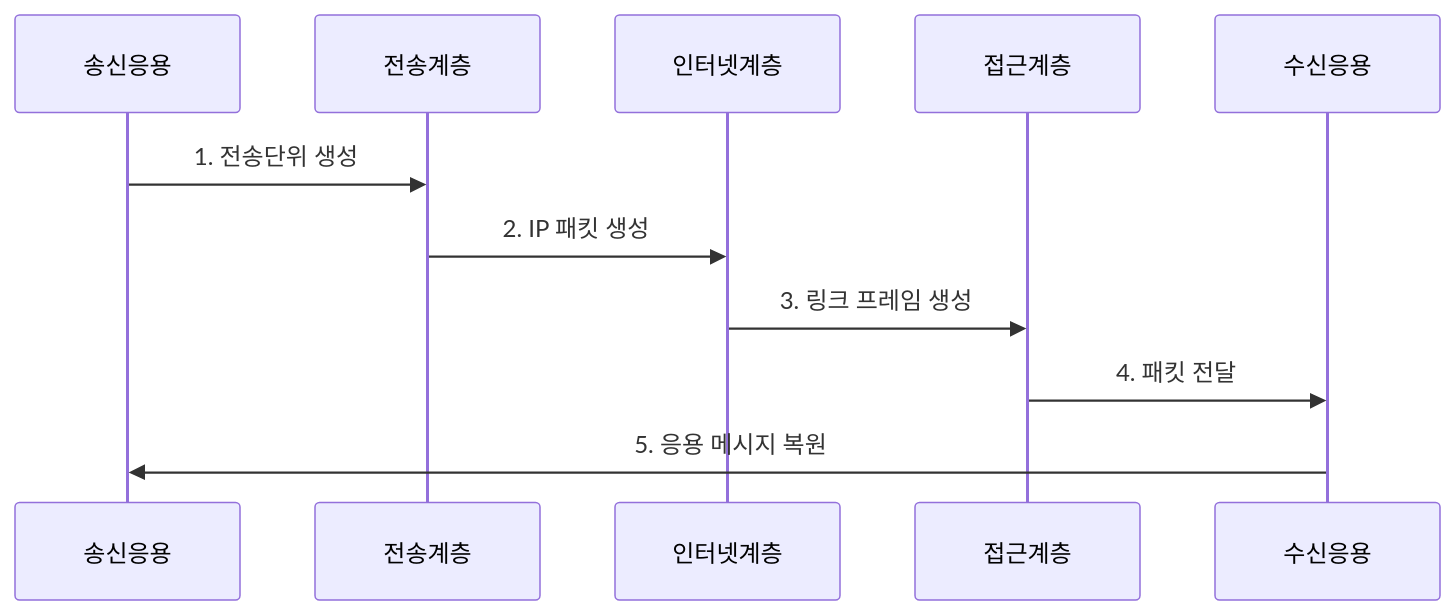
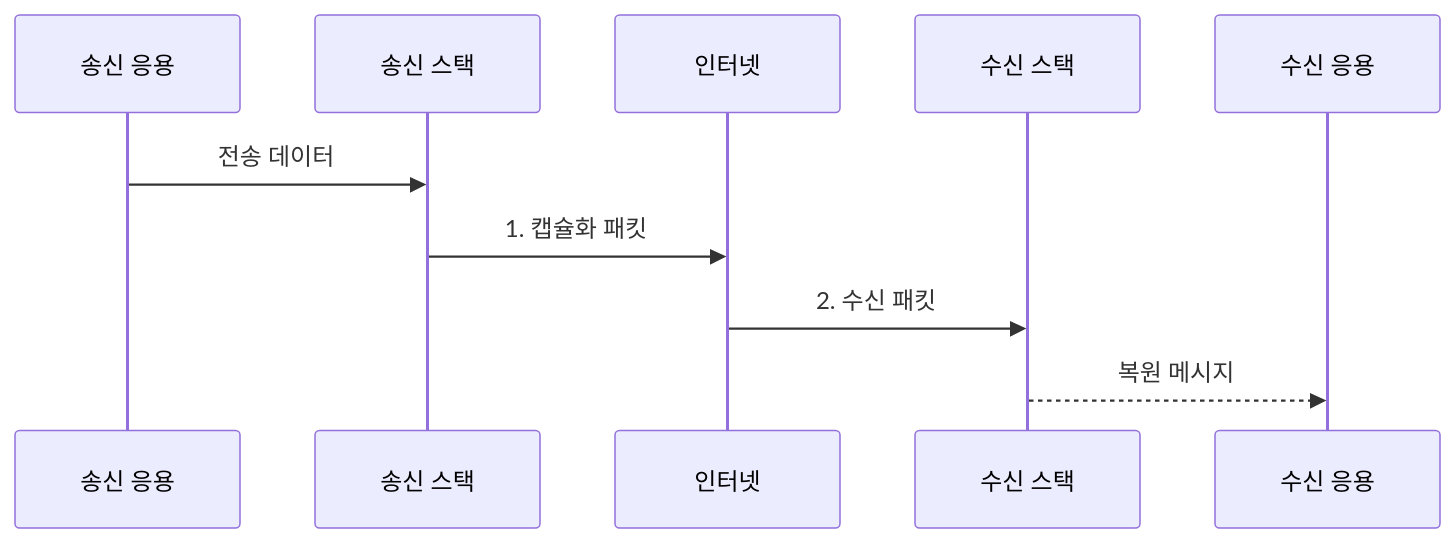
The second of 2 diagrams in src/content/docs/notes/04-network/002_tcp_ip_model.md (agnusdei1207/knowledge-base), drawn with Mermaid before and after one commit. The commit also changed other lines of this file and 20 other files, not shown here.

````diff
--- a/src/content/docs/notes/04-network/002_tcp_ip_model.md
+++ b/src/content/docs/notes/04-network/002_tcp_ip_model.md
@@ -81,13 +82,12 @@
 ```mermaid
 sequenceDiagram
-    participant 송신응용
-    participant 전송계층
-    participant 인터넷계층
-    participant 접근계층
-    participant 수신응용
-    송신응용->>전송계층: 1. 전송단위 생성
-    전송계층->>인터넷계층: 2. IP 패킷 생성
-    인터넷계층->>접근계층: 3. 링크 프레임 생성
-    접근계층->>수신응용: 4. 패킷 전달
-    수신응용->>송신응용: 5. 응용 메시지 복원
+    participant SA as 송신 응용
+    participant SS as 송신 스택
+    participant N as 인터넷
+    participant RS as 수신 스택
+    participant RA as 수신 응용
+    SA->>SS: 전송 데이터
+    SS->>N: 1. 캡슐화 패킷
+    N->>RS: 2. 수신 패킷
+    RS-->>RA: 복원 메시지
 ```
````
